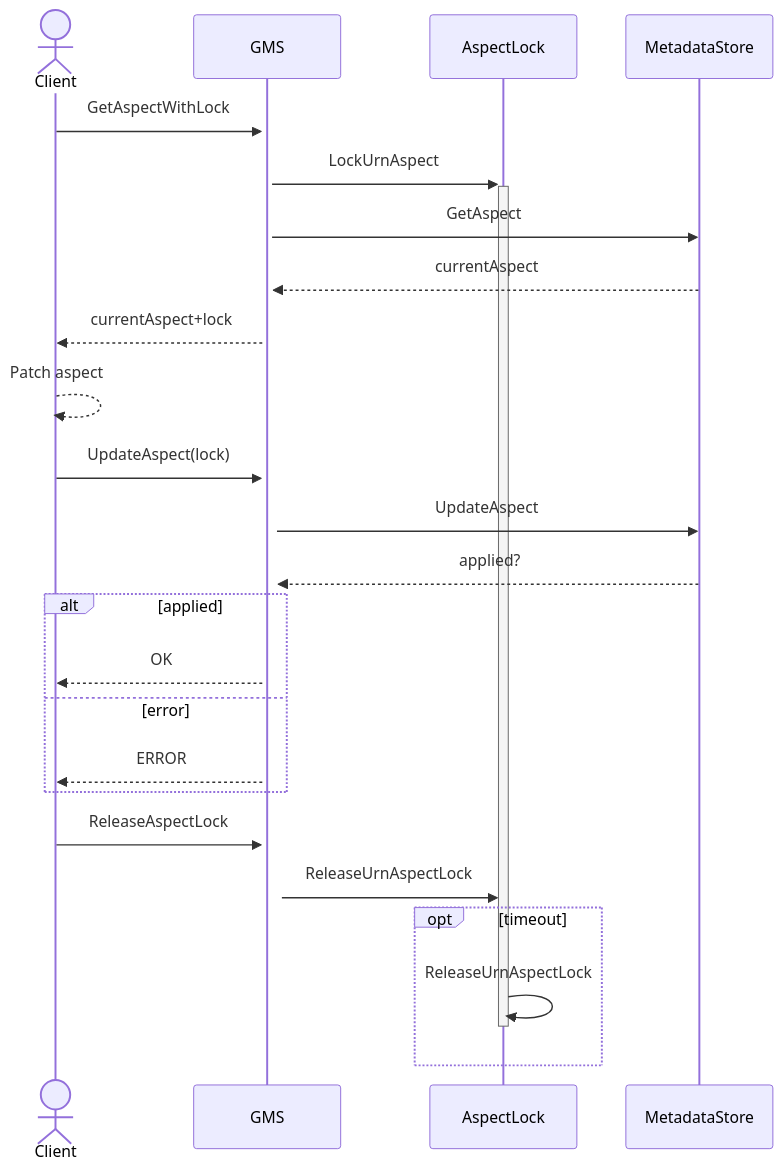
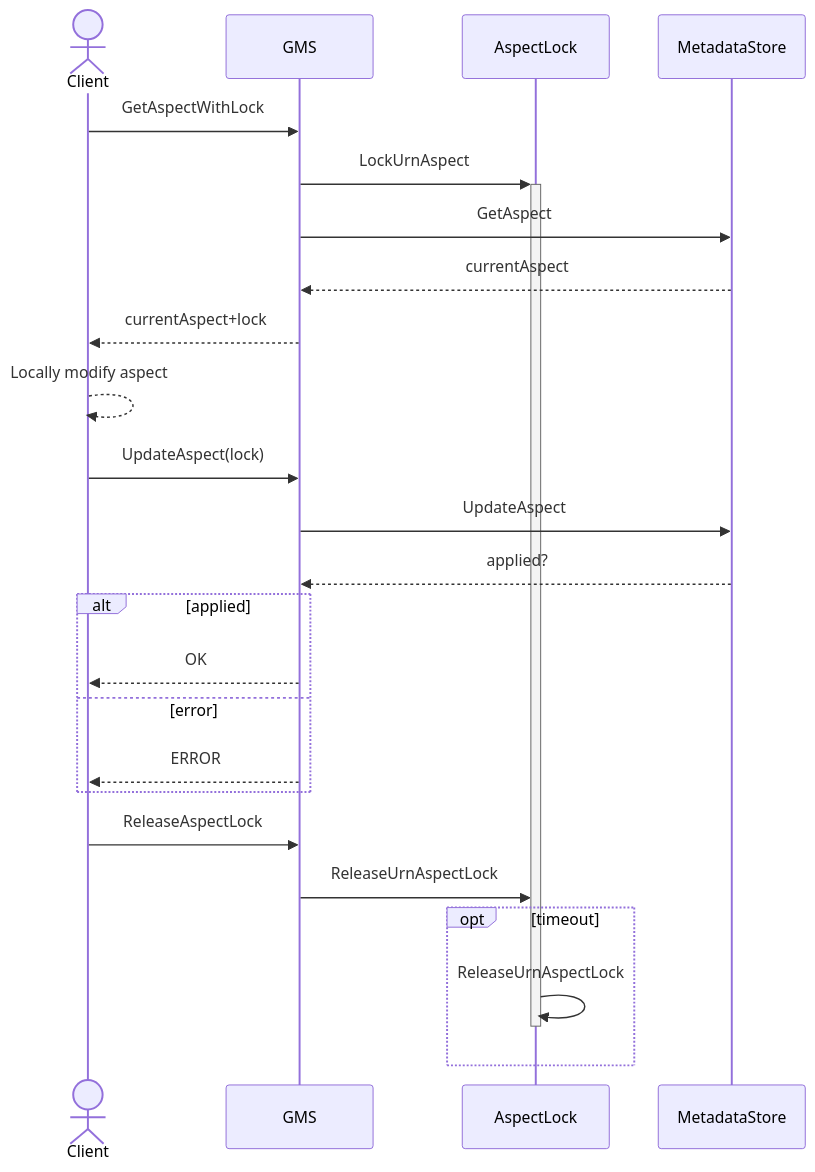
The fourth of 4 diagrams in docs/rfc/active/5818-serial-updates.md (datahub-project/datahub), drawn with Mermaid before and after one commit. The commit also changed other lines of this file, not shown here.

Commit message:
Small mermaid fixes and consolidate "patch" sections

````diff
--- a/docs/rfc/active/5818-serial-updates.md
+++ b/docs/rfc/active/5818-serial-updates.md
@@ -334,23 +334,23 @@
 ```mermaid
 sequenceDiagram
     actor Client
-    Client->>+GMS: GetAspectWithLock
+    Client->>GMS: GetAspectWithLock
     GMS->>+AspectLock: LockUrnAspect
     GMS->>MetadataStore: GetAspect
     MetadataStore-->>GMS: currentAspect
     GMS-->>Client: currentAspect+lock
-    Client-->>Client: Patch aspect
-    Client->>+GMS: UpdateAspect(lock)
+    Client-->>Client: Locally modify aspect
+    Client->>GMS: UpdateAspect(lock)
     GMS->>MetadataStore: UpdateAspect
     MetadataStore-->>GMS: applied?
     alt applied
         GMS-->>Client: OK
     else error
         GMS-->>Client: ERROR
     end
-    Client->>+GMS: ReleaseAspectLock
+    Client->>GMS: ReleaseAspectLock
     GMS->>AspectLock: ReleaseUrnAspectLock
     opt timeout
         AspectLock->>-AspectLock: ReleaseUrnAspectLock
     end
 ```
````
